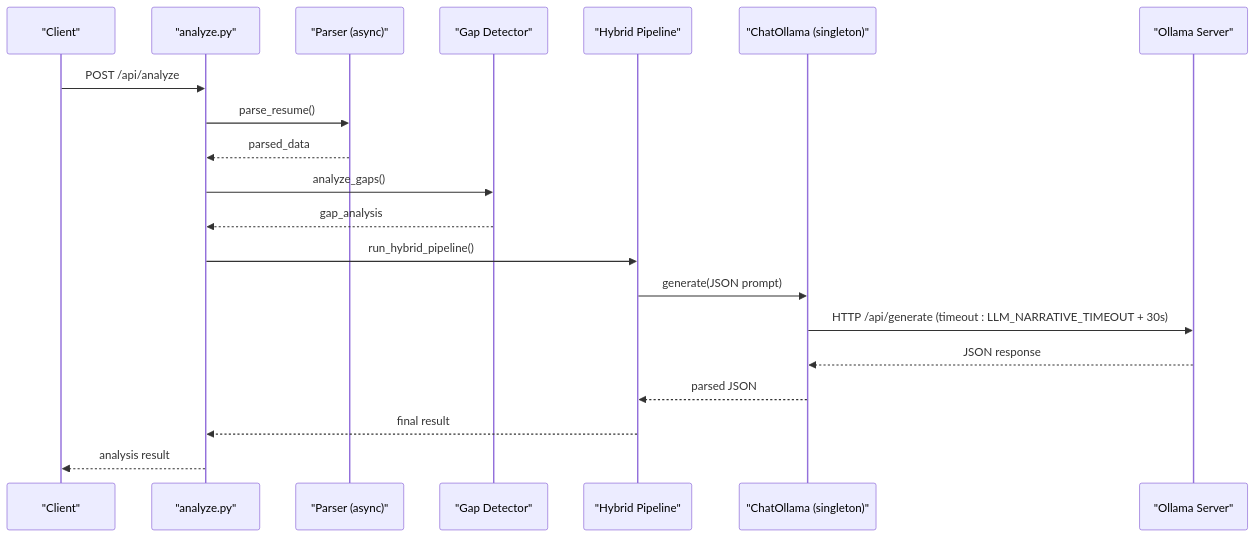
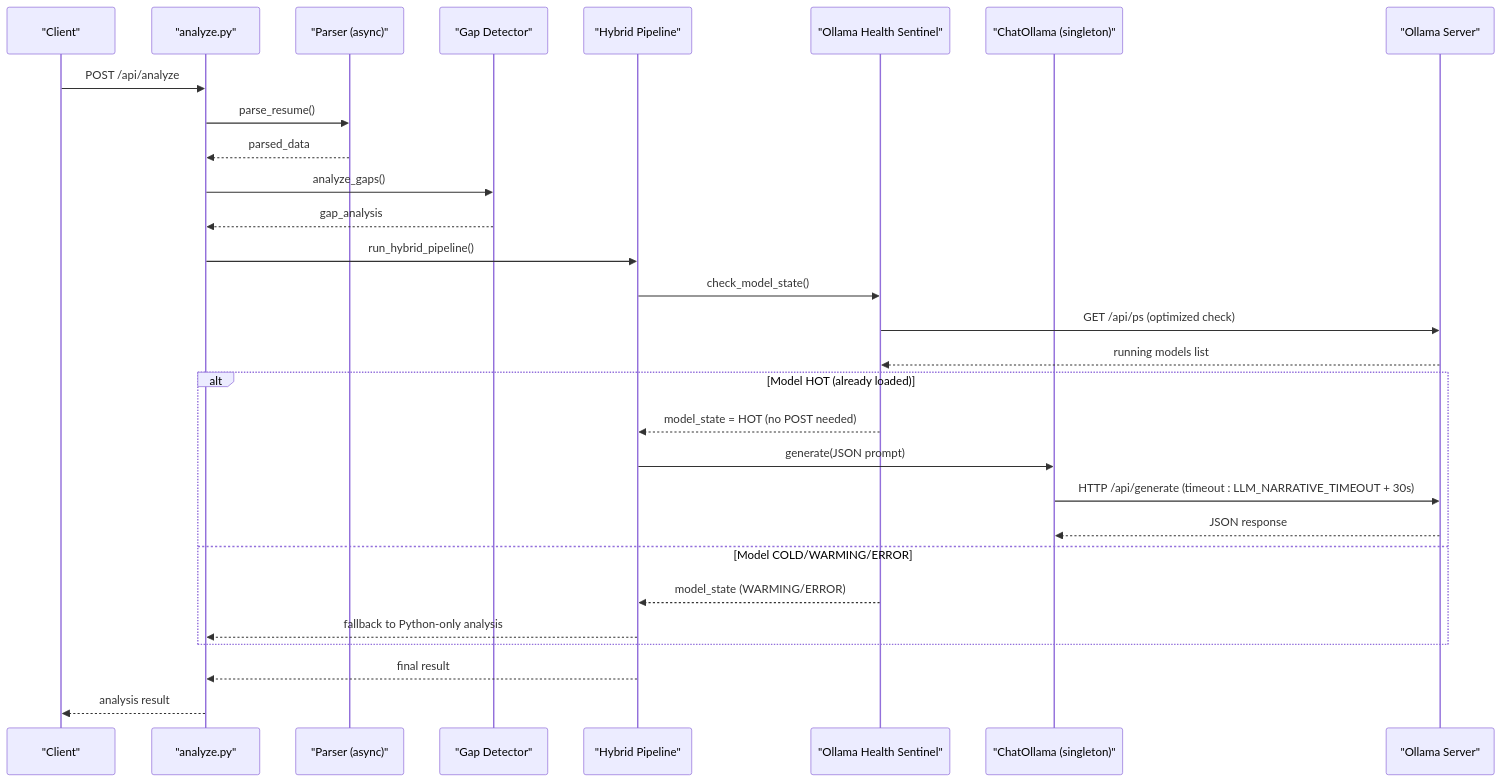
One commit to Revanththetalogics/aireume changed the second of 11 diagrams in .qoder/repowiki/en/content/Analysis Engine/LLM Service Integration.md. Above: the diagram before and after it, drawn with Mermaid. The commit also changed other lines of this file and 33 other files, not shown here.

````diff
--- a/.qoder/repowiki/en/content/Analysis Engine/LLM Service Integration.md
+++ b/.qoder/repowiki/en/content/Analysis Engine/LLM Service Integration.md
@@ -119,22 +131,31 @@
 ```mermaid
 sequenceDiagram
 participant Client as "Client"
 participant Route as "analyze.py"
 participant Parser as "Parser (async)"
 participant Gap as "Gap Detector"
 participant Hybrid as "Hybrid Pipeline"
+participant Sentinel as "Ollama Health Sentinel"
 participant Llama as "ChatOllama (singleton)"
 participant Ollama as "Ollama Server"
 Client->>Route : POST /api/analyze
 Route->>Parser : parse_resume()
 Parser-->>Route : parsed_data
 Route->>Gap : analyze_gaps()
 Gap-->>Route : gap_analysis
 Route->>Hybrid : run_hybrid_pipeline()
+Hybrid->>Sentinel : check_model_state()
+Sentinel->>Ollama : GET /api/ps (optimized check)
+Ollama-->>Sentinel : running models list
+alt Model HOT (already loaded)
+Sentinel-->>Hybrid : model_state = HOT (no POST needed)
 Hybrid->>Llama : generate(JSON prompt)
 Llama->>Ollama : HTTP /api/generate (timeout : LLM_NARRATIVE_TIMEOUT + 30s)
 Ollama-->>Llama : JSON response
-Llama-->>Hybrid : parsed JSON
+else Model COLD/WARMING/ERROR
+Sentinel-->>Hybrid : model_state (WARMING/ERROR)
+Hybrid-->>Route : fallback to Python-only analysis
+end
 Hybrid-->>Route : final result
 Route-->>Client : analysis result
 ```
````
